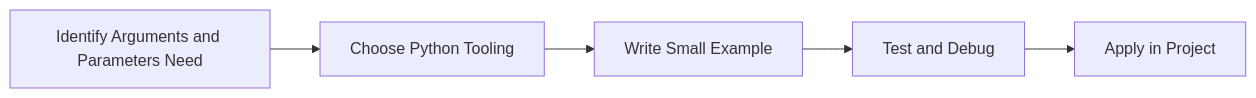
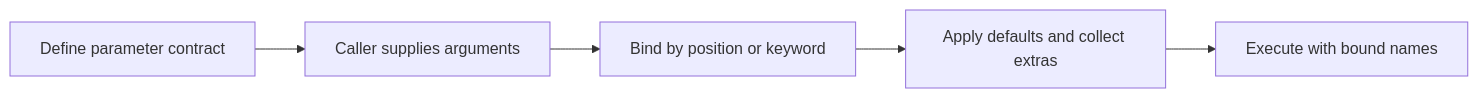
Before and after one commit to SYMOIZ/E-Learning-Portal: the diagram in Python-Mastery/Beginner/22-arguments-and-parameters.md, drawn with Mermaid. The commit also changed other lines of this file and 116 other files, not shown here.

````diff
--- a/Python-Mastery/Beginner/22-arguments-and-parameters.md
+++ b/Python-Mastery/Beginner/22-arguments-and-parameters.md
@@ -131,7 +139,12 @@
 ```mermaid
 flowchart LR
-    A[Identify Arguments and Parameters Need] --> B[Choose Python Tooling]
-    B --> C[Write Small Example]
-    C --> D[Test and Debug]
-    D --> E[Apply in Project]
+    A[Define parameter contract]
+    B[Caller supplies arguments]
+    C[Bind by position or keyword]
+    D[Apply defaults and collect extras]
+    E[Execute with bound names]
+    A --> B
+    B --> C
+    C --> D
+    D --> E
 ```
````
